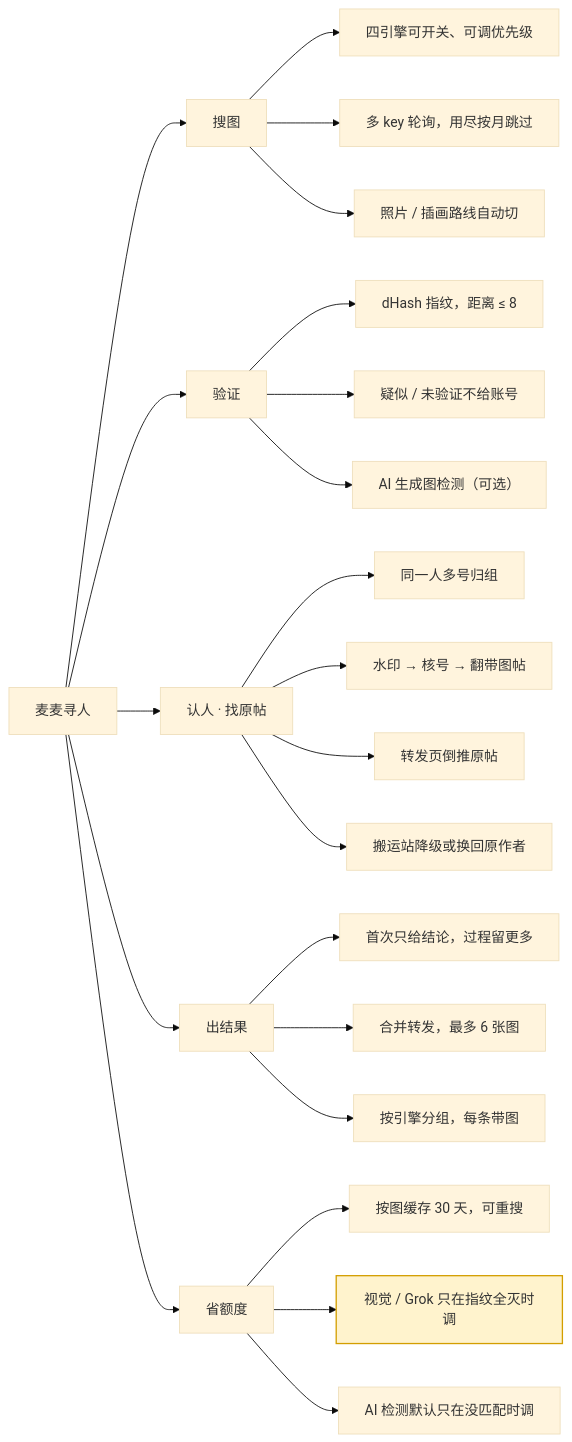
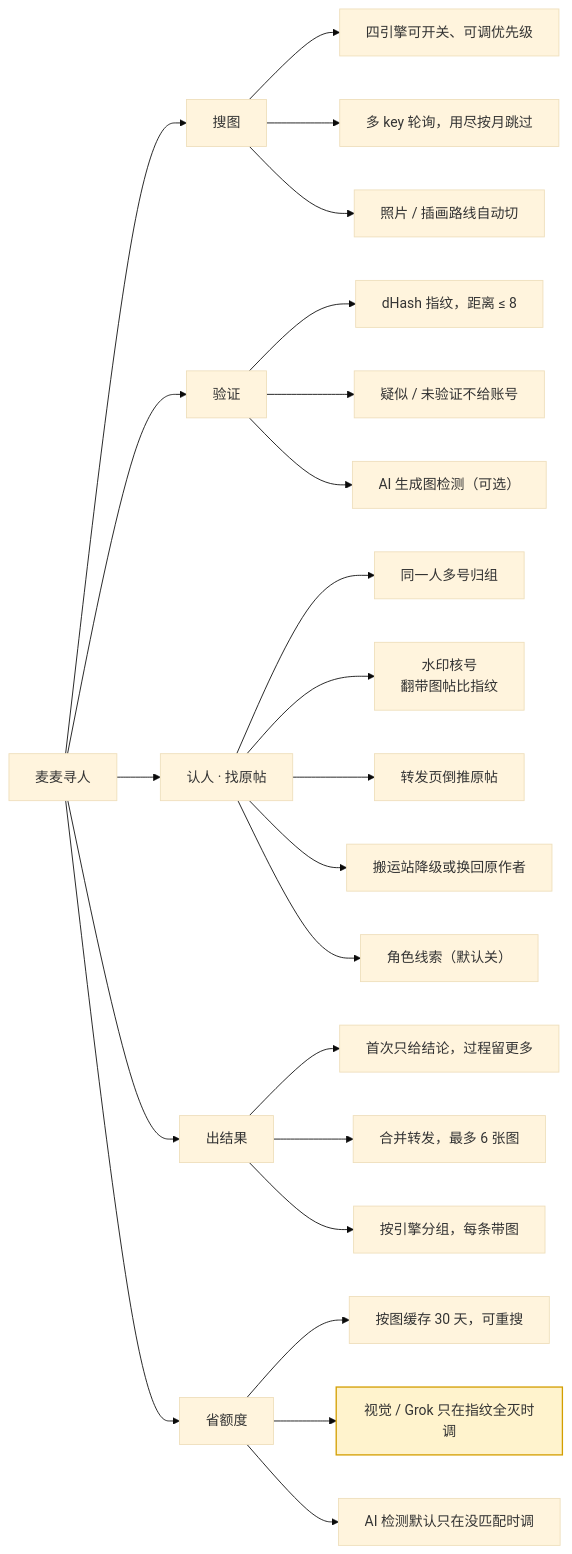
One commit to fsqhn2/com.fsqhn.image-searcher changed the seventh of 9 diagrams in README.md. Above: the diagram before and after it, drawn with Mermaid (base theme). The commit also changed other lines of this file and 17 other files, not shown here.

Commit message:
0.9.19: 微博反查落地（转载页正文回原帖、低粉号也翻帖核指纹）、图床三级链、去掉「结果已发」提示、角色线索默认关；README/AGENTS 全流程改图

````diff
--- a/README.md
+++ b/README.md
@@ -342,32 +367,33 @@
 ```mermaid
 flowchart LR
     R["麦麦寻人"] --> S["搜图"]
     R --> V["验证"]
     R --> P["认人 · 找原帖"]
     R --> O["出结果"]
     R --> C["省额度"]
 
     S --> S1["四引擎可开关、可调优先级"]
     S --> S2["多 key 轮询，用尽按月跳过"]
     S --> S3["照片 / 插画路线自动切"]
 
     V --> V1["dHash 指纹，距离 ≤ 8"]
     V --> V2["疑似 / 未验证不给账号"]
     V --> V3["AI 生成图检测（可选）"]
 
     P --> P1["同一人多号归组"]
-    P --> P2["水印 → 核号 → 翻带图帖"]
+    P --> P2["水印核号<br/>翻带图帖比指纹"]
     P --> P3["转发页倒推原帖"]
     P --> P4["搬运站降级或换回原作者"]
+    P --> P5["角色线索（默认关）"]
 
     O --> O1["首次只给结论，过程留更多"]
     O --> O2["合并转发，最多 6 张图"]
     O --> O3["按引擎分组，每条带图"]
 
     C --> C1["按图缓存 30 天，可重搜"]
     C --> C2["视觉 / Grok 只在指纹全灭时调"]
     C --> C3["AI 检测默认只在没匹配时调"]
 
     classDef llm fill:#fff3cd,stroke:#d39e00,stroke-width:1.5px
     class C2 llm
 ```
````
